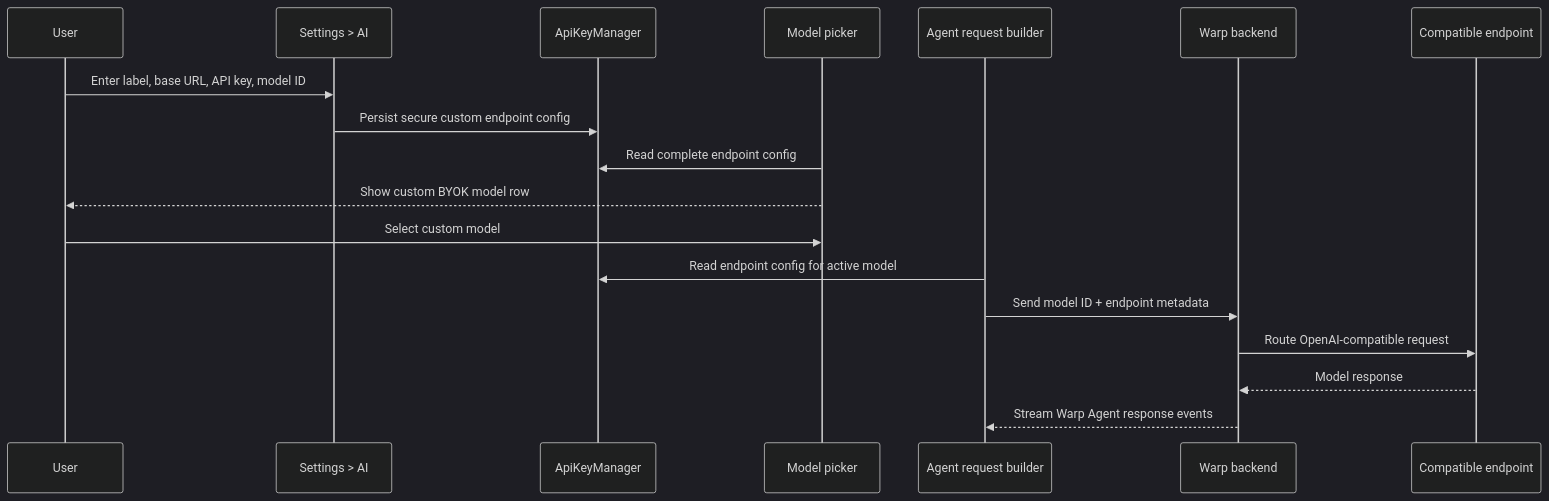
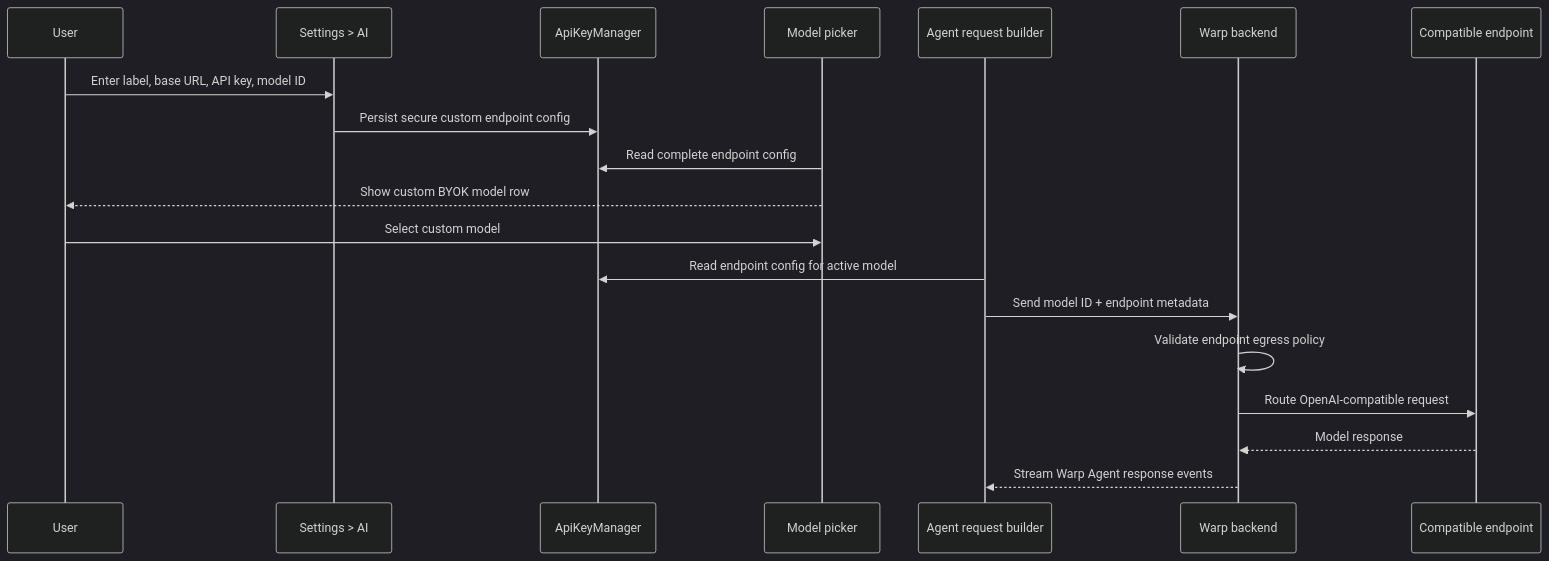
One commit to warpdotdev/Warp changed the diagram in specs/GH4687/tech.md. Above: the diagram before and after it, drawn with Mermaid (dark theme). The commit also changed other lines of this file and 1 other file, not shown here.

Commit message:
Address endpoint BYOK spec review

````diff
--- a/specs/GH4687/tech.md
+++ b/specs/GH4687/tech.md
@@ -161,21 +177,22 @@
 ```mermaid
 sequenceDiagram
     participant User
     participant Settings as Settings > AI
     participant Keys as ApiKeyManager
     participant Picker as Model picker
     participant Agent as Agent request builder
     participant Server as Warp backend
     participant Provider as Compatible endpoint
 
     User->>Settings: Enter label, base URL, API key, model ID
     Settings->>Keys: Persist secure custom endpoint config
     Picker->>Keys: Read complete endpoint config
     Picker-->>User: Show custom BYOK model row
     User->>Picker: Select custom model
     Agent->>Keys: Read endpoint config for active model
     Agent->>Server: Send model ID + endpoint metadata
+    Server->>Server: Validate endpoint egress policy
     Server->>Provider: Route OpenAI-compatible request
     Provider-->>Server: Model response
     Server-->>Agent: Stream Warp Agent response events
 ```
````
